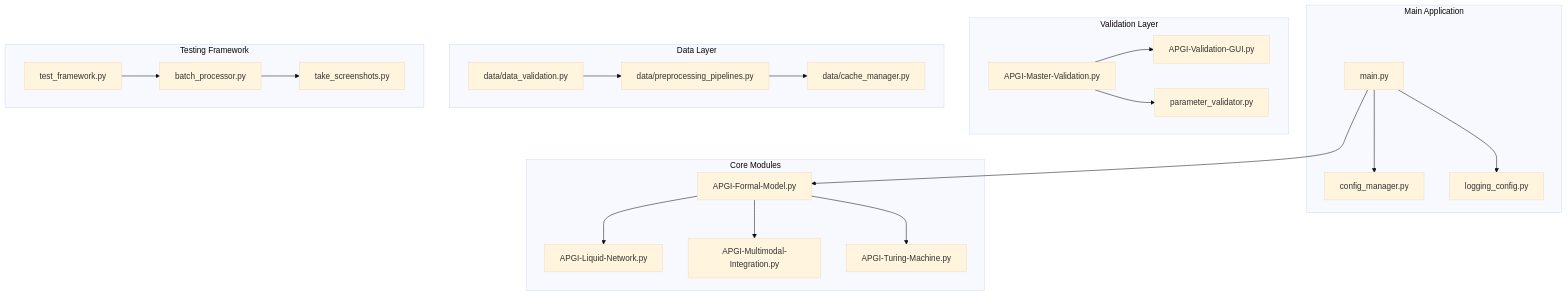
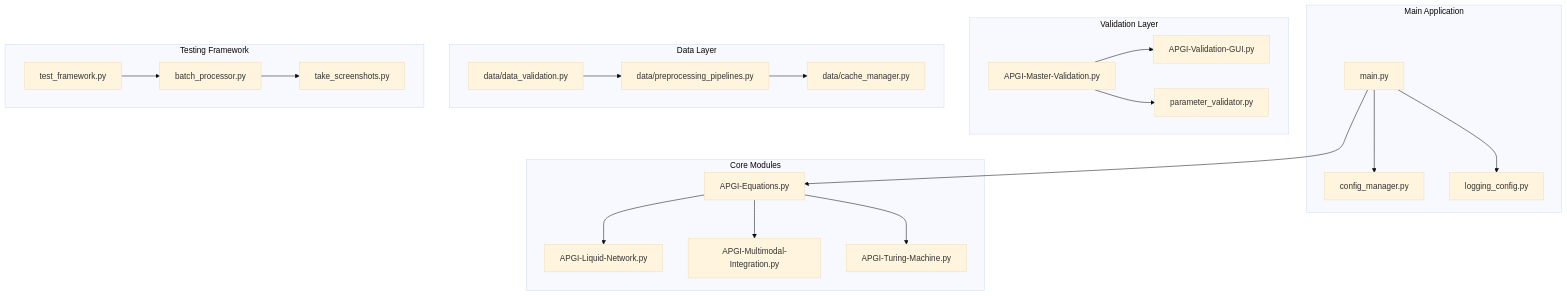
One commit to lesoto/apgi-validation changed the third of 6 diagrams in docs/Architecture-Diagrams.md. Above: the diagram before and after it, drawn with Mermaid (base theme). The commit also changed 34 other files, not shown here.

````diff
--- a/docs/Architecture-Diagrams.md
+++ b/docs/Architecture-Diagrams.md
@@ -152,50 +152,50 @@
 ```mermaid
 graph TB
     subgraph "Main Application"
         MAIN[main.py]
         CONFIG_MGR[config_manager.py]
         LOGGER[logging_config.py]
     end
 
     subgraph "Core Modules"
-        FORMAL[APGI-Formal-Model.py]
+        FORMAL[APGI-Equations.py]
         LIQUID[APGI-Liquid-Network.py]
         MULTIMODAL[APGI-Multimodal-Integration.py]
         TURING[APGI-Turing-Machine.py]
     end
 
     subgraph "Validation Layer"
         MASTER_VAL[APGI-Master-Validation.py]
         VAL_GUI[APGI-Validation-GUI.py]
         PARAM_VAL[parameter_validator.py]
     end
 
     subgraph "Data Layer"
         DATA_VAL[data/data_validation.py]
         PREPROC[data/preprocessing_pipelines.py]
         CACHE[data/cache_manager.py]
     end
 
     subgraph "Testing Framework"
         TESTS[test_framework.py]
         BATCH[batch_processor.py]
         SCREEN[take_screenshots.py]
     end
 
     MAIN --> CONFIG_MGR
     MAIN --> LOGGER
     MAIN --> FORMAL
 
     FORMAL --> LIQUID
     FORMAL --> MULTIMODAL
     FORMAL --> TURING
 
     MASTER_VAL --> VAL_GUI
     MASTER_VAL --> PARAM_VAL
 
     DATA_VAL --> PREPROC
     PREPROC --> CACHE
 
     TESTS --> BATCH
     BATCH --> SCREEN
 ```
````
